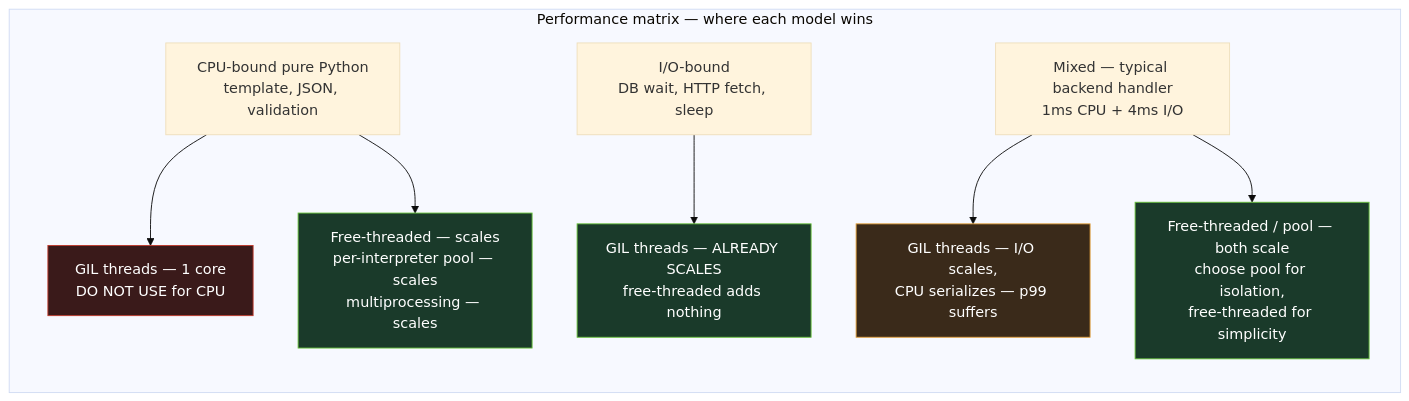
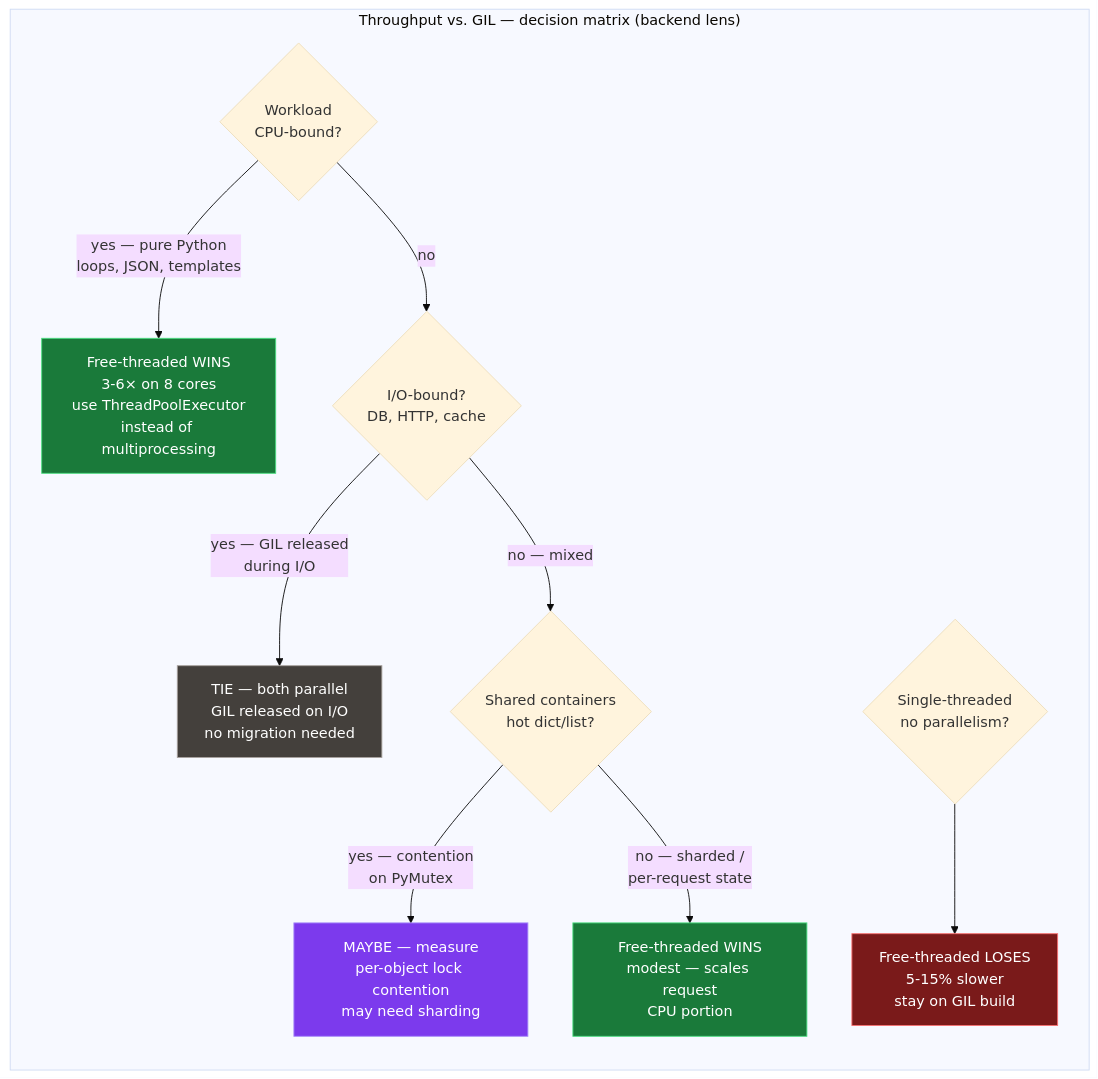
The sixth of 8 diagrams in vol-16-python-cpython-internals/ch05-gil.md (bumbsclaw/textbooks), drawn with Mermaid (base theme) before and after one commit. The commit also changed other lines of this file and 8 other files, not shown here.

````diff
--- a/vol-16-python-cpython-internals/ch05-gil.md
+++ b/vol-16-python-cpython-internals/ch05-gil.md
@@ -1018,21 +914,21 @@
 ```mermaid
 flowchart TB
-    subgraph MATRIX["Performance matrix — where each model wins"]
+    subgraph MATRIX["Throughput vs. GIL — decision matrix (backend lens)"]
         direction TB
-        CPU["CPU-bound pure Python<br/>template, JSON, validation"]
-        IO["I/O-bound<br/>DB wait, HTTP fetch, sleep"]
-        MIXED["Mixed — typical backend handler<br/>1ms CPU + 4ms I/O"]
+        Q1{"Workload<br/>CPU-bound?"}
+        Q1 -->|yes — pure Python<br/>loops, JSON, templates| WIN["Free-threaded WINS<br/>3-6× on 8 cores<br/>use ThreadPoolExecutor<br/>instead of multiprocessing"]
+        Q1 -->|no| Q2{"I/O-bound?<br/>DB, HTTP, cache"}
+        Q2 -->|yes — GIL released<br/>during I/O| TIE["TIE — both parallel<br/>GIL released on I/O<br/>no migration needed"]
+        Q2 -->|no — mixed| Q3{"Shared containers<br/>hot dict/list?"}
+        Q3 -->|yes — contention<br/>on PyMutex| MAYBE["MAYBE — measure<br/>per-object lock contention<br/>may need sharding"]
+        Q3 -->|no — sharded /<br/>per-request state| WIN2["Free-threaded WINS<br/>modest — scales request<br/>CPU portion"]
+        SINGLE{"Single-threaded<br/>no parallelism?"}
+        SINGLE --> LOSE["Free-threaded LOSES<br/>5-15% slower<br/>stay on GIL build"]
+    end
 
-        CPU --> GIL_CPU["GIL threads — 1 core<br/>DO NOT USE for CPU"]
-        CPU --> FT_CPU["Free-threaded — scales<br/>per-interpreter pool — scales<br/>multiprocessing — scales"]
-        IO --> GIL_IO["GIL threads — ALREADY SCALES<br/>free-threaded adds nothing"]
-        MIXED --> GIL_MIX["GIL threads — I/O scales,<br/>CPU serializes — p99 suffers"]
-        MIXED --> FT_MIX["Free-threaded / pool — both scale<br/>choose pool for isolation,<br/>free-threaded for simplicity"]
-
-        style GIL_CPU fill:#3a1a1a,stroke:#c0392b,color:#fff
-        style GIL_IO fill:#1a3a2a,stroke:#67c23a,color:#fff
-        style GIL_MIX fill:#3a2a1a,stroke:#e6a23c,color:#fff
-        style FT_CPU fill:#1a3a2a,stroke:#67c23a,color:#fff
-        style FT_MIX fill:#1a3a2a,stroke:#67c23a,color:#fff
-    end
+    style WIN fill:#1a7a3a,stroke:#4ade80,color:#fff
+    style WIN2 fill:#1a7a3a,stroke:#4ade80,color:#fff
+    style TIE fill:#44403c,stroke:#a8a29e,color:#fff
+    style MAYBE fill:#7c3aed,stroke:#a78bfa,color:#fff
+    style LOSE fill:#7a1a1a,stroke:#f87171,color:#fff
 ```
````
